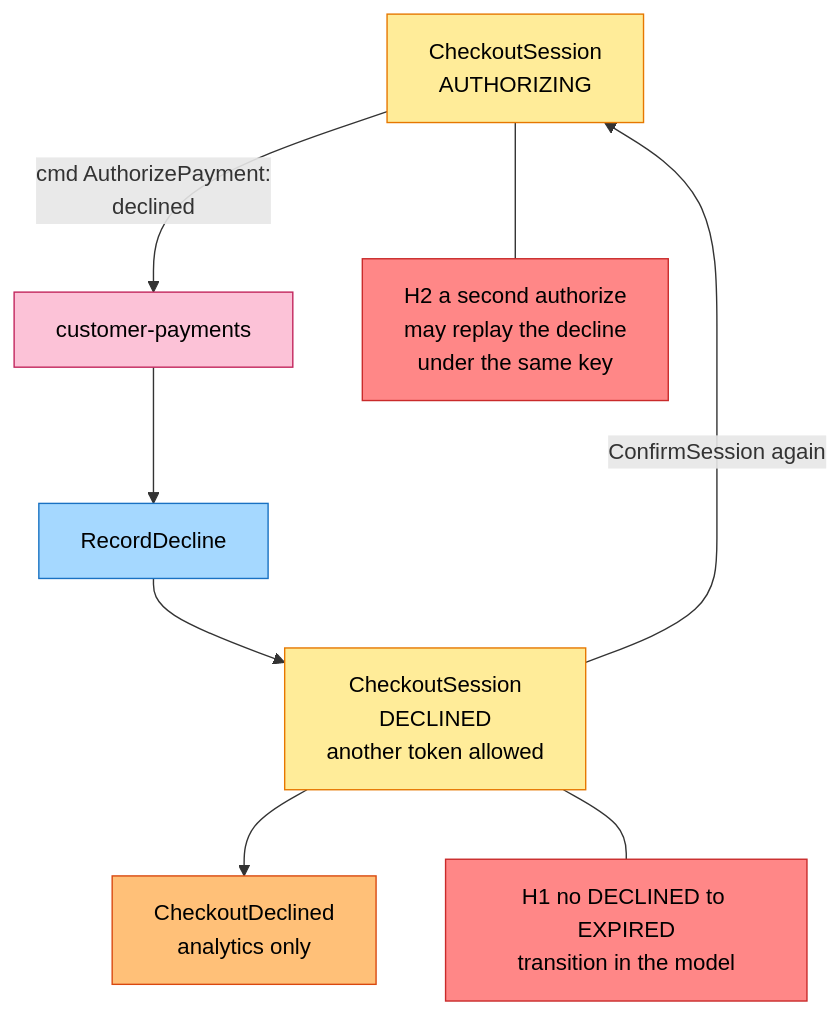
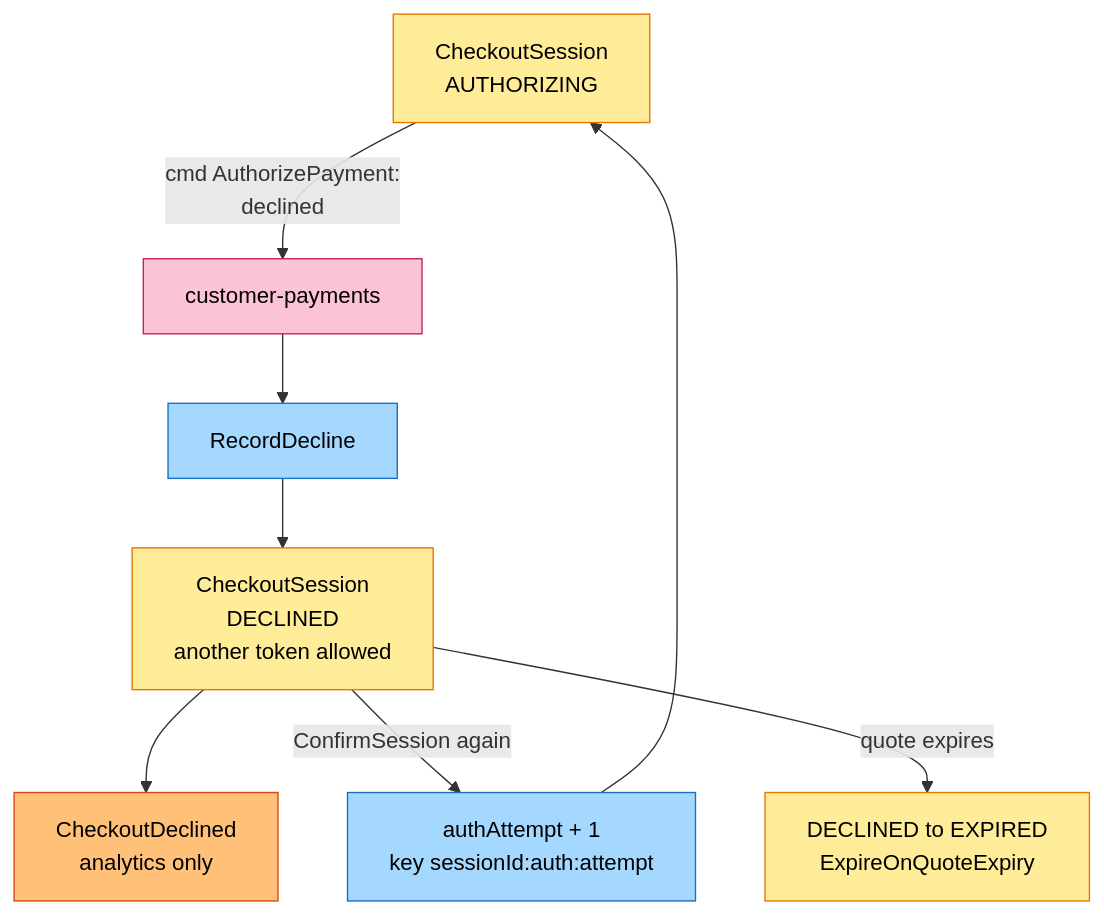
Before and after one commit to IQVO/warehouse-docs: the third of 6 diagrams in storefront/docs/contexts/checkout/eventstorming.md, drawn with Mermaid. The commit also changed other lines of this file and 11 other files, not shown here.

````diff
--- a/storefront/docs/contexts/checkout/eventstorming.md
+++ b/storefront/docs/contexts/checkout/eventstorming.md
@@ -129,26 +139,25 @@
 ```mermaid
 flowchart TB
     A1["CheckoutSession<br/>AUTHORIZING"]:::aggregate
     CP["customer-payments"]:::external
     C4["RecordDecline"]:::command
     D1["CheckoutSession<br/>DECLINED<br/>another token allowed"]:::aggregate
     E2["CheckoutDeclined<br/>analytics only"]:::event
-    H1["H1 no DECLINED to EXPIRED<br/>transition in the model"]:::hotspot
-    H2["H2 a second authorize<br/>may replay the decline<br/>under the same key"]:::hotspot
+    X1["DECLINED to EXPIRED<br/>ExpireOnQuoteExpiry"]:::aggregate
+    K1["authAttempt + 1<br/>key sessionId:auth:attempt"]:::command
 
     A1 -->|"cmd AuthorizePayment:<br/>declined"| CP
     CP --> C4
     C4 --> D1
     D1 --> E2
-    D1 -->|"ConfirmSession again"| A1
-    D1 --- H1
-    A1 --- H2
+    D1 -->|"ConfirmSession again"| K1
+    K1 --> A1
+    D1 -->|"quote expires"| X1
 
     classDef actor fill:#fff59d,stroke:#b59f00,color:#000
     classDef command fill:#a5d8ff,stroke:#1971c2,color:#000
     classDef aggregate fill:#ffec99,stroke:#e67700,color:#000
     classDef event fill:#ffc078,stroke:#d9480f,color:#000
     classDef policy fill:#d0bfff,stroke:#6741d9,color:#000
     classDef external fill:#fcc2d7,stroke:#c2255c,color:#000
-    classDef hotspot fill:#ff8787,stroke:#c92a2a,color:#000
 ```
````
